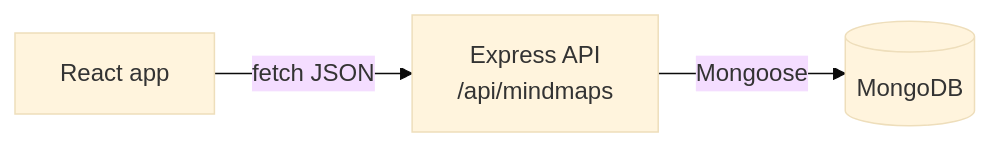
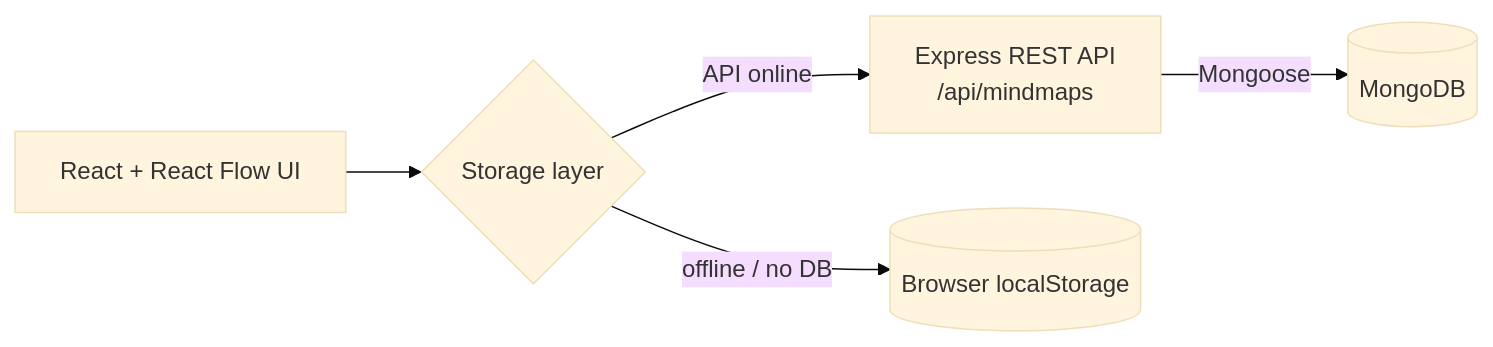
One commit to shivanjali24-03/Mind-Mapper changed the diagram in README.md. Above: the diagram before and after it, drawn with Mermaid (base theme). The commit also changed other lines of this file and 4 other files, not shown here.

````diff
--- a/README.md
+++ b/README.md
@@ -20,5 +48,7 @@
 ```mermaid
 flowchart LR
-    UI[React app] -- fetch JSON --> API[Express API<br/>/api/mindmaps]
+    UI[React + React Flow UI] --> S{Storage layer}
+    S -- "API online" --> API[Express REST API<br/>/api/mindmaps]
     API -- Mongoose --> DB[(MongoDB)]
+    S -- "offline / no DB" --> LS[(Browser localStorage)]
 ```
````
